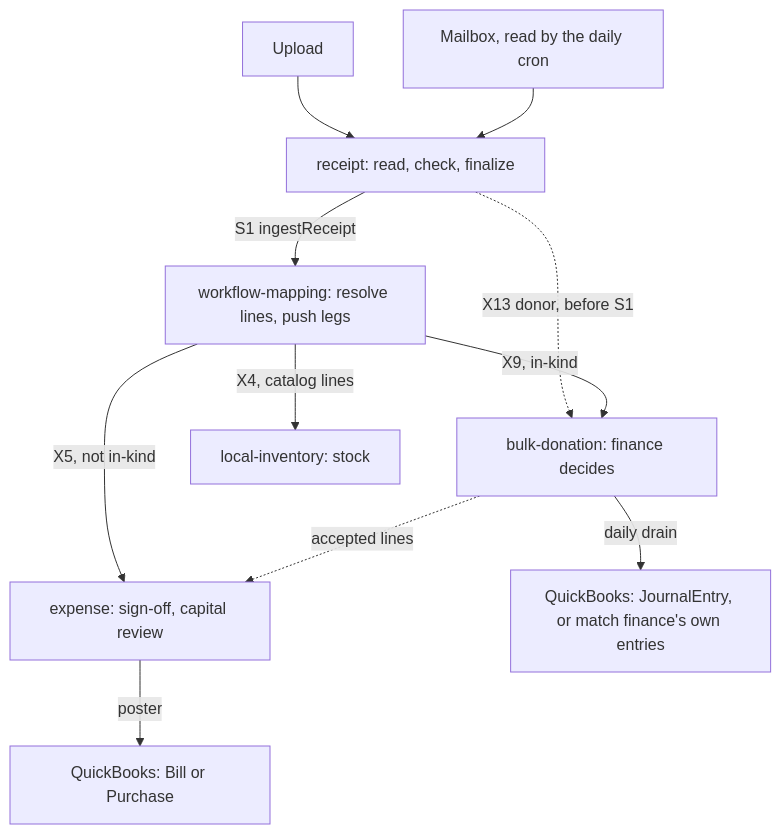
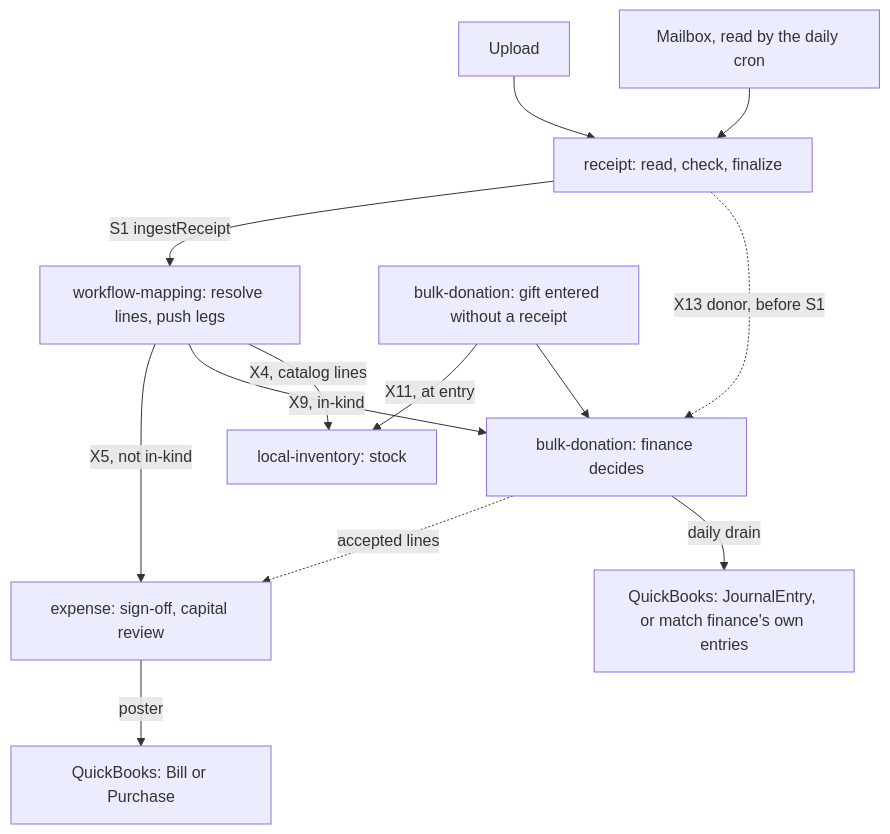
One commit to innovationtreehouse/apps.checkin changed the diagram in docs/architecture/RECEIPT_PIPELINE.md. Above: the diagram before and after it, drawn with Mermaid. The commit also changed other lines of this file and 785 other files, not shown here.

````diff
--- a/docs/architecture/RECEIPT_PIPELINE.md
+++ b/docs/architecture/RECEIPT_PIPELINE.md
@@ -17,13 +17,15 @@
 ```mermaid
 flowchart TD
     U["Upload"] --> R
     M["Mailbox, read by the daily cron"] --> R
     R["receipt: read, check, finalize"] -->|"S1 ingestReceipt"| W
     R -.->|"X13 donor, before S1"| D
     W["workflow-mapping: resolve lines, push legs"] -->|"X5, not in-kind"| E
     W -->|"X9, in-kind"| D
     W -->|"X4, catalog lines"| I["local-inventory: stock"]
     E["expense: sign-off, capital review"] -->|"poster"| QE["QuickBooks: Bill or Purchase"]
     D["bulk-donation: finance decides"] -.->|"accepted lines"| E
+    G["bulk-donation: gift entered without a receipt"] -->|"X11, at entry"| I
+    G --> D
     D -->|"daily drain"| QD["QuickBooks: JournalEntry, or match finance's own entries"]
 ```
````
